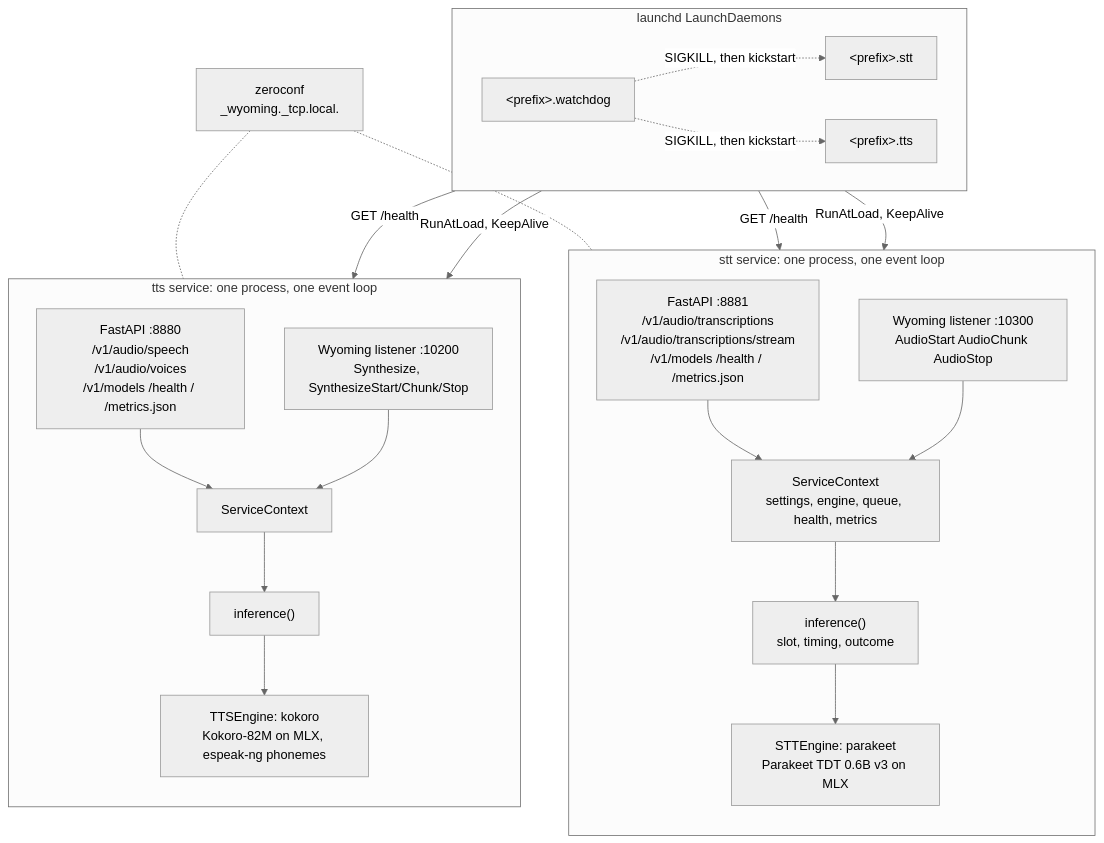
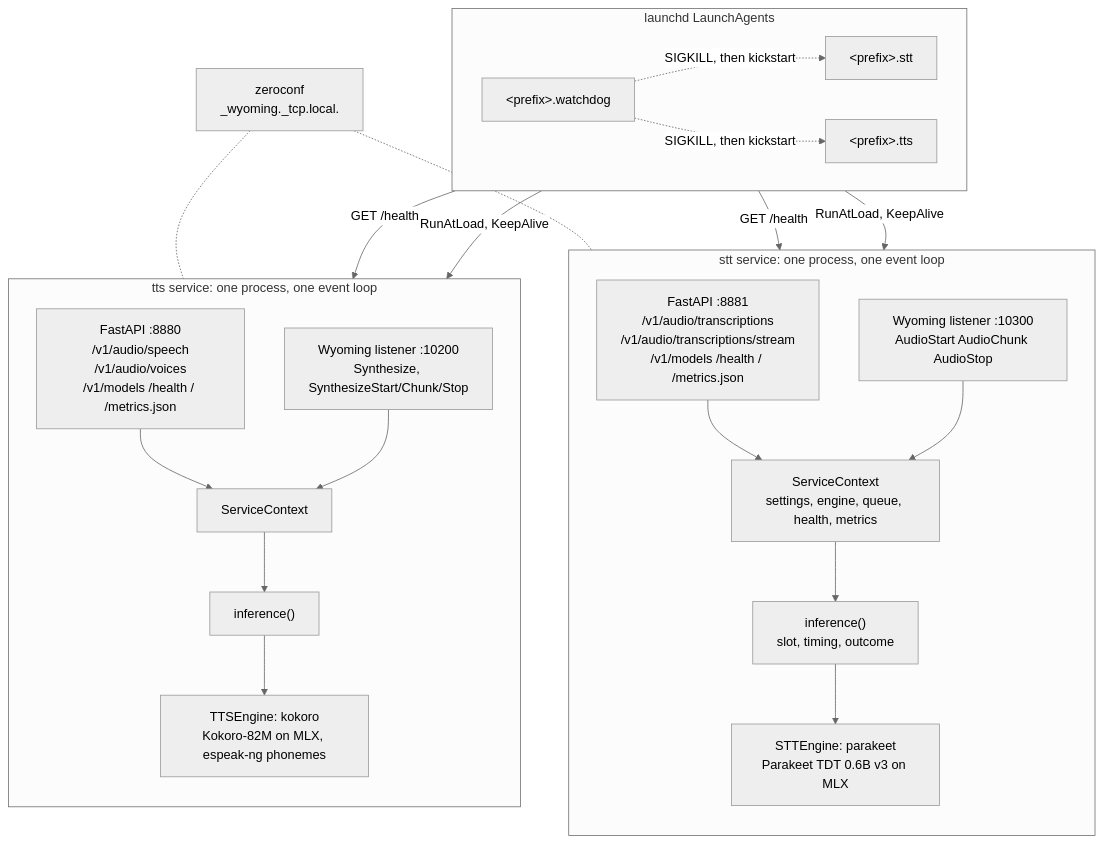
One commit to JulianBeaulieu/voiced changed the diagram in docs/architecture.md. Above: the diagram before and after it, drawn with Mermaid (neutral theme). The commit also changed other lines of this file and 81 other files, not shown here.

````diff
--- a/docs/architecture.md
+++ b/docs/architecture.md
@@ -11,43 +11,43 @@
 ```mermaid
 flowchart TB
-    subgraph launchd [launchd LaunchDaemons]
+    subgraph launchd [launchd LaunchAgents]
         direction LR
         d_stt["&lt;prefix&gt;.stt"]
         d_tts["&lt;prefix&gt;.tts"]
         d_wd["&lt;prefix&gt;.watchdog"]
     end
 
     subgraph stt [stt service: one process, one event loop]
         direction TB
         s_http[FastAPI :8881<br/>/v1/audio/transcriptions<br/>/v1/audio/transcriptions/stream<br/>/v1/models /health / /metrics.json]
         s_wy[Wyoming listener :10300<br/>AudioStart AudioChunk AudioStop]
         s_ctx[ServiceContext<br/>settings, engine, queue, health, metrics]
         s_inf["inference()<br/>slot, timing, outcome"]
         s_eng[STTEngine: parakeet<br/>Parakeet TDT 0.6B v3 on MLX]
         s_http --> s_ctx
         s_wy --> s_ctx
         s_ctx --> s_inf --> s_eng
     end
 
     subgraph tts [tts service: one process, one event loop]
         direction TB
         t_http[FastAPI :8880<br/>/v1/audio/speech<br/>/v1/audio/voices<br/>/v1/models /health / /metrics.json]
         t_wy[Wyoming listener :10200<br/>Synthesize, SynthesizeStart/Chunk/Stop]
         t_ctx[ServiceContext]
         t_inf["inference()"]
         t_eng[TTSEngine: kokoro<br/>Kokoro-82M on MLX, espeak-ng phonemes]
         t_http --> t_ctx
         t_wy --> t_ctx
         t_ctx --> t_inf --> t_eng
     end
 
     d_stt -->|RunAtLoad, KeepAlive| stt
     d_tts -->|RunAtLoad, KeepAlive| tts
     d_wd -->|GET /health| s_http
     d_wd -->|GET /health| t_http
     d_wd -.->|SIGKILL, then kickstart| d_stt
     d_wd -.->|SIGKILL, then kickstart| d_tts
 
     zc[zeroconf<br/>_wyoming._tcp.local.] -.- s_wy
     zc -.- t_wy
 ```
````
